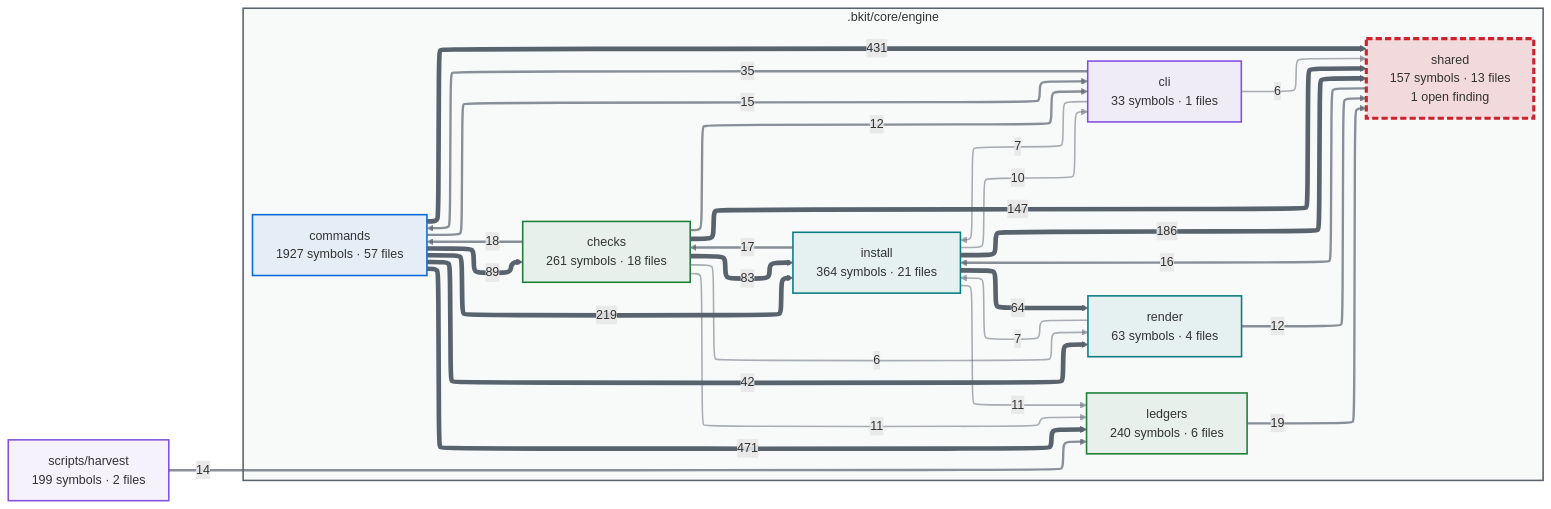
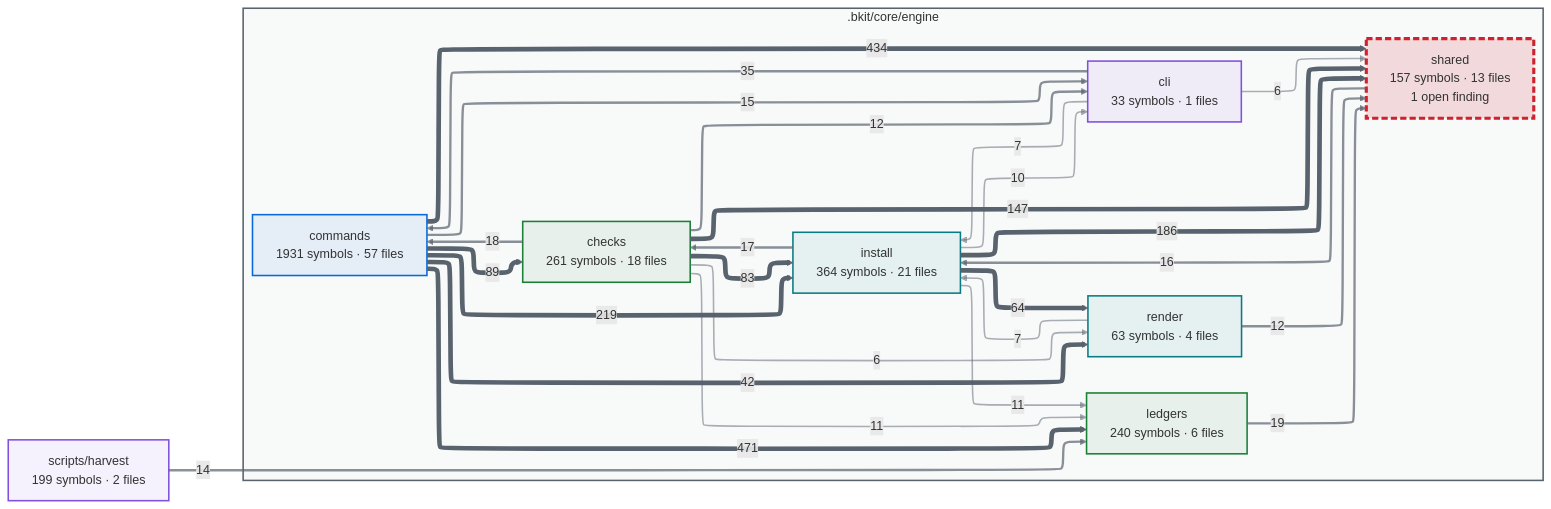
One commit to cbartens/bkit changed the first of 2 diagrams in docs/capabilities.md. Above: the diagram before and after it, drawn with Mermaid. The commit also changed other lines of this file and 26 other files, not shown here.

````diff
--- a/docs/capabilities.md
+++ b/docs/capabilities.md
@@ -154,80 +154,80 @@
 ```mermaid
 ---
 config:
   layout: elk
   themeCSS: "marker { overflow: visible; } marker path { transform: scale(1.8); transform-origin: 5px 5px; }"
   flowchart:
     useMaxWidth: false
 ---
 flowchart LR
   %% Generated by bkit-graphify-rollup.py — do not edit
   subgraph gn_bkit_core_engine[".bkit/core/engine"]
     n_bkit_core_engine_checks["checks<br/>261 symbols · 18 files"]
     n_bkit_core_engine_cli["cli<br/>33 symbols · 1 files"]
-    n_bkit_core_engine_commands["commands<br/>1927 symbols · 57 files"]
+    n_bkit_core_engine_commands["commands<br/>1931 symbols · 57 files"]
     n_bkit_core_engine_install["install<br/>364 symbols · 21 files"]
     n_bkit_core_engine_ledgers["ledgers<br/>240 symbols · 6 files"]
     n_bkit_core_engine_render["render<br/>63 symbols · 4 files"]
     n_bkit_core_engine_shared["shared<br/>157 symbols · 13 files<br/>1 open finding"]
   end
   nscripts_harvest["scripts/harvest<br/>199 symbols · 2 files"]
   n_bkit_core_engine_commands -->|471| n_bkit_core_engine_ledgers
-  n_bkit_core_engine_commands -->|431| n_bkit_core_engine_shared
+  n_bkit_core_engine_commands -->|434| n_bkit_core_engine_shared
   n_bkit_core_engine_commands -->|219| n_bkit_core_engine_install
   n_bkit_core_engine_install -->|186| n_bkit_core_engine_shared
   n_bkit_core_engine_checks -->|147| n_bkit_core_engine_shared
   n_bkit_core_engine_commands -->|89| n_bkit_core_engine_checks
   n_bkit_core_engine_checks -->|83| n_bkit_core_engine_install
   n_bkit_core_engine_install -->|64| n_bkit_core_engine_render
   n_bkit_core_engine_commands -->|42| n_bkit_core_engine_render
   n_bkit_core_engine_cli -->|35| n_bkit_core_engine_commands
   n_bkit_core_engine_ledgers -->|19| n_bkit_core_engine_shared
   n_bkit_core_engine_checks -->|18| n_bkit_core_engine_commands
   n_bkit_core_engine_install -->|17| n_bkit_core_engine_checks
   n_bkit_core_engine_shared -->|16| n_bkit_core_engine_install
   n_bkit_core_engine_commands -->|15| n_bkit_core_engine_cli
   nscripts_harvest -->|14| n_bkit_core_engine_ledgers
   n_bkit_core_engine_checks -->|12| n_bkit_core_engine_cli
   n_bkit_core_engine_render -->|12| n_bkit_core_engine_shared
   n_bkit_core_engine_checks -->|11| n_bkit_core_engine_ledgers
   n_bkit_core_engine_install -->|11| n_bkit_core_engine_ledgers
   n_bkit_core_engine_install -->|10| n_bkit_core_engine_cli
   n_bkit_core_engine_cli -->|7| n_bkit_core_engine_install
   n_bkit_core_engine_render -->|7| n_bkit_core_engine_install
   n_bkit_core_engine_checks -->|6| n_bkit_core_engine_render
   n_bkit_core_engine_cli -->|6| n_bkit_core_engine_shared
   style gn_bkit_core_engine fill:#59636e0a,stroke:#59636e,stroke-width:2px
   style n_bkit_core_engine_checks stroke:#1a7f37,stroke-width:2px,fill:#1a7f3714
   style n_bkit_core_engine_cli stroke:#8250df,stroke-width:2px,fill:#8250df14
   style n_bkit_core_engine_commands stroke:#0969da,stroke-width:2px,fill:#0969da14
   style n_bkit_core_engine_install stroke:#0a7b83,stroke-width:2px,fill:#0a7b8314
   style n_bkit_core_engine_ledgers stroke:#1a7f37,stroke-width:2px,fill:#1a7f3714
   style n_bkit_core_engine_render stroke:#0a7b83,stroke-width:2px,fill:#0a7b8314
   style n_bkit_core_engine_shared stroke:#cf222e,stroke-width:4px,stroke-dasharray:8 4,fill:#cf222e26
   style nscripts_harvest stroke:#8250df,stroke-width:2px,fill:#8250df14
   linkStyle 0 stroke:#59636e,stroke-width:6px
   linkStyle 1 stroke:#59636e,stroke-width:6px
   linkStyle 2 stroke:#59636e,stroke-width:6px
   linkStyle 3 stroke:#59636e,stroke-width:6px
   linkStyle 4 stroke:#59636e,stroke-width:6px
   linkStyle 5 stroke:#59636e,stroke-width:6px
   linkStyle 6 stroke:#59636e,stroke-width:6px
   linkStyle 7 stroke:#59636e,stroke-width:6px
   linkStyle 8 stroke:#59636e,stroke-width:6px
   linkStyle 9 stroke:#59636eb3,stroke-width:3px
   linkStyle 10 stroke:#59636eb3,stroke-width:3px
   linkStyle 11 stroke:#59636eb3,stroke-width:3px
   linkStyle 12 stroke:#59636eb3,stroke-width:3px
   linkStyle 13 stroke:#59636eb3,stroke-width:3px
   linkStyle 14 stroke:#59636eb3,stroke-width:3px
   linkStyle 15 stroke:#59636eb3,stroke-width:3px
   linkStyle 16 stroke:#59636eb3,stroke-width:3px
   linkStyle 17 stroke:#59636eb3,stroke-width:3px
   linkStyle 18 stroke:#59636e80,stroke-width:2px
   linkStyle 19 stroke:#59636e80,stroke-width:2px
   linkStyle 20 stroke:#59636e80,stroke-width:2px
   linkStyle 21 stroke:#59636e80,stroke-width:2px
   linkStyle 22 stroke:#59636e80,stroke-width:2px
   linkStyle 23 stroke:#59636e80,stroke-width:2px
   linkStyle 24 stroke:#59636e80,stroke-width:2px
 ```
````
